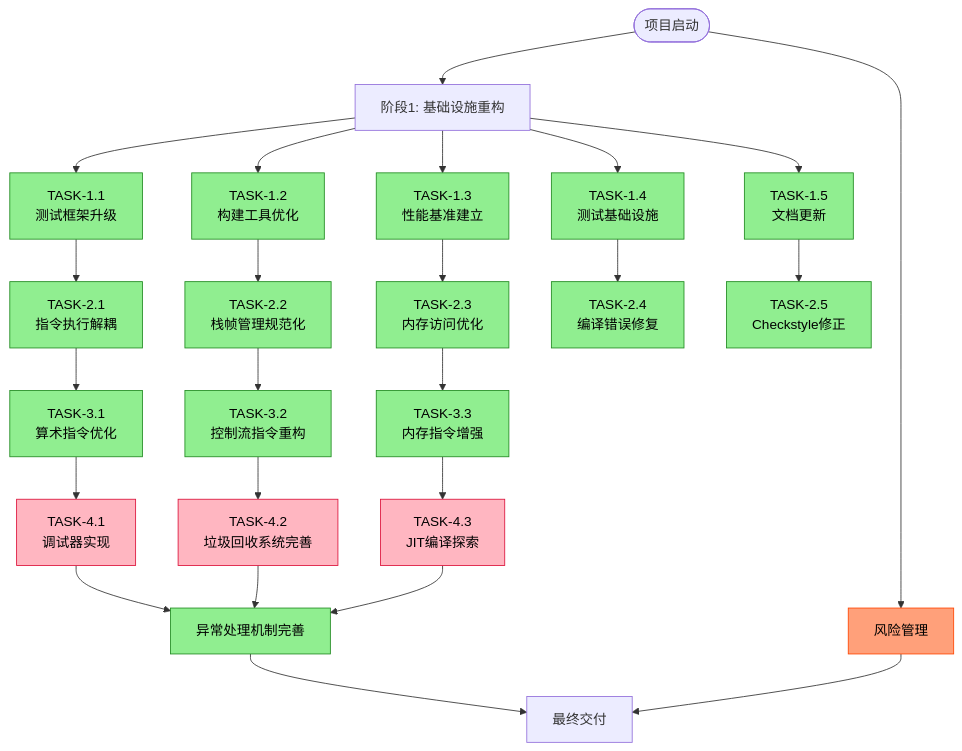
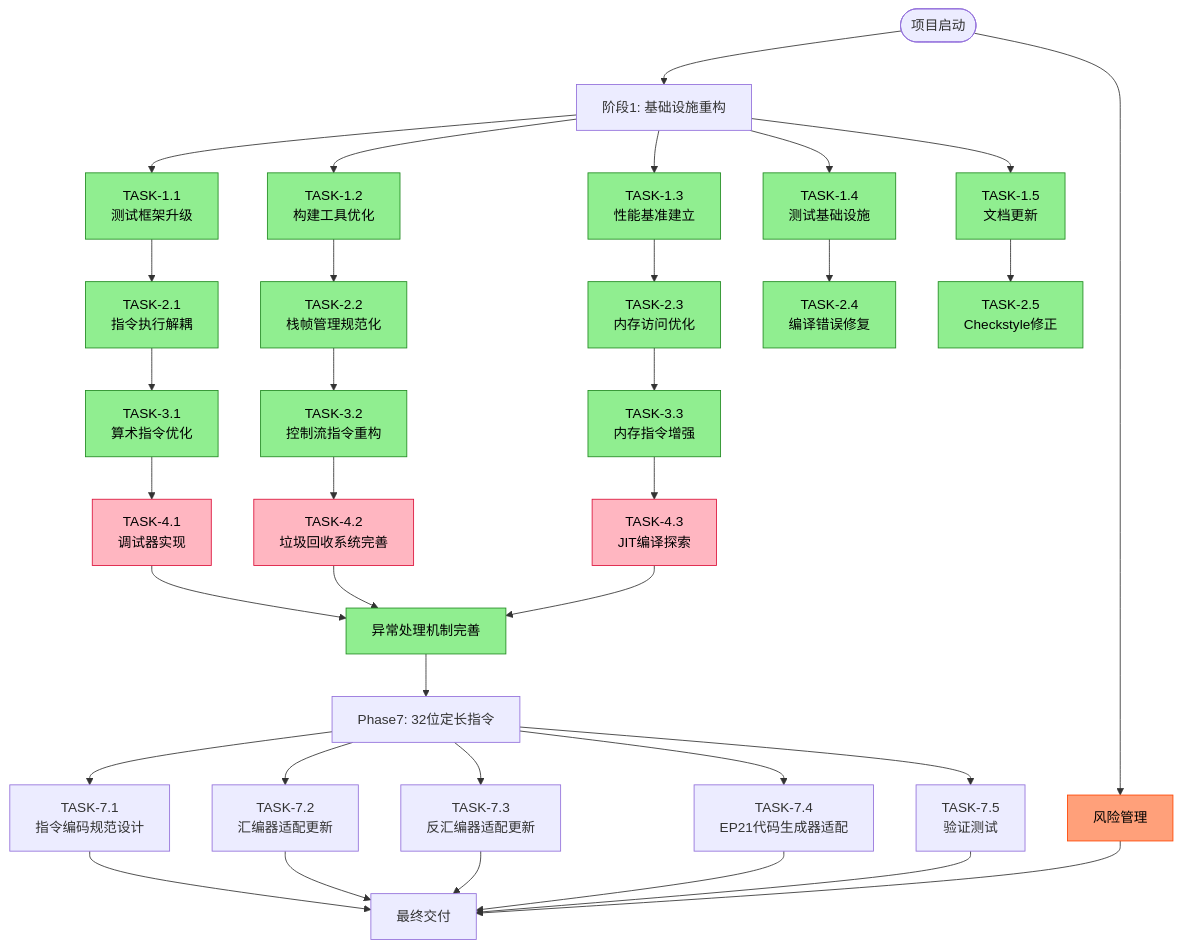
Before and after one commit to whtoo/How_to_implment_PL_in_Antlr4: the first of 2 diagrams in ep18/docs/EP18_TDD_重构优化方案.md, drawn with Mermaid. The commit also changed other lines of this file and 27 other files, not shown here.

````diff
--- a/ep18/docs/EP18_TDD_重构优化方案.md
+++ b/ep18/docs/EP18_TDD_重构优化方案.md
@@ -13,44 +13,55 @@
 ```mermaid
 graph TD
     Start([项目启动]) --> Phase1[阶段1: 基础设施重构]
     Start --> RiskMgmt[风险管理]
     
     Phase1 --> TASK11[TASK-1.1<br/>测试框架升级]
     Phase1 --> TASK12[TASK-1.2<br/>构建工具优化]
     Phase1 --> TASK13[TASK-1.3<br/>性能基准建立]
     Phase1 --> TASK14[TASK-1.4<br/>测试基础设施]
     Phase1 --> TASK15[TASK-1.5<br/>文档更新]
     
     TASK11 --> TASK21[TASK-2.1<br/>指令执行解耦]
     TASK12 --> TASK22[TASK-2.2<br/>栈帧管理规范化]
     TASK13 --> TASK23[TASK-2.3<br/>内存访问优化]
     TASK14 --> TASK24[TASK-2.4<br/>编译错误修复]
     TASK15 --> TASK25[TASK-2.5<br/>Checkstyle修正]
     
     TASK21 --> TASK31[TASK-3.1<br/>算术指令优化]
     TASK22 --> TASK32[TASK-3.2<br/>控制流指令重构]
     TASK23 --> TASK33[TASK-3.3<br/>内存指令增强]
     
     TASK31 --> TASK41[TASK-4.1<br/>调试器实现]
     TASK32 --> TASK42[TASK-4.2<br/>垃圾回收系统完善]
     TASK33 --> TASK43[TASK-4.3<br/>JIT编译探索]
     
     TASK41 --> ExceptionHandling[异常处理机制完善]
     TASK42 --> ExceptionHandling
     TASK43 --> ExceptionHandling
-    
-    ExceptionHandling --> FinalDelivery[最终交付]
+
+    ExceptionHandling --> Phase7[Phase7: 32位定长指令]
+    Phase7 --> TASK71[TASK-7.1<br/>指令编码规范设计]
+    Phase7 --> TASK72[TASK-7.2<br/>汇编器适配更新]
+    Phase7 --> TASK73[TASK-7.3<br/>反汇编器适配更新]
+    Phase7 --> TASK74[TASK-7.4<br/>EP21代码生成器适配]
+    Phase7 --> TASK75[TASK-7.5<br/>验证测试]
+
+    TASK71 --> FinalDelivery[最终交付]
+    TASK72 --> FinalDelivery
+    TASK73 --> FinalDelivery
+    TASK74 --> FinalDelivery
+    TASK75 --> FinalDelivery
     RiskMgmt --> FinalDelivery
     
     %% 状态样式
     classDef completed fill:#90EE90,stroke:#228B22,color:#000
     classDef inProgress fill:#FFD700,stroke:#FF8C00,color:#000
     classDef pending fill:#FFB6C1,stroke:#DC143C,color:#000
     classDef risk fill:#FFA07A,stroke:#FF4500,color:#000
     
     %% 应用样式
     class TASK11,TASK12,TASK13,TASK14,TASK15,TASK21,TASK22,TASK23,TASK24,TASK25,TASK31,TASK32,TASK33,TASK5.1 completed
     class ExceptionHandling completed
     class TASK41,TASK42,TASK43 pending
     class RiskMgmt risk
 ```
````
